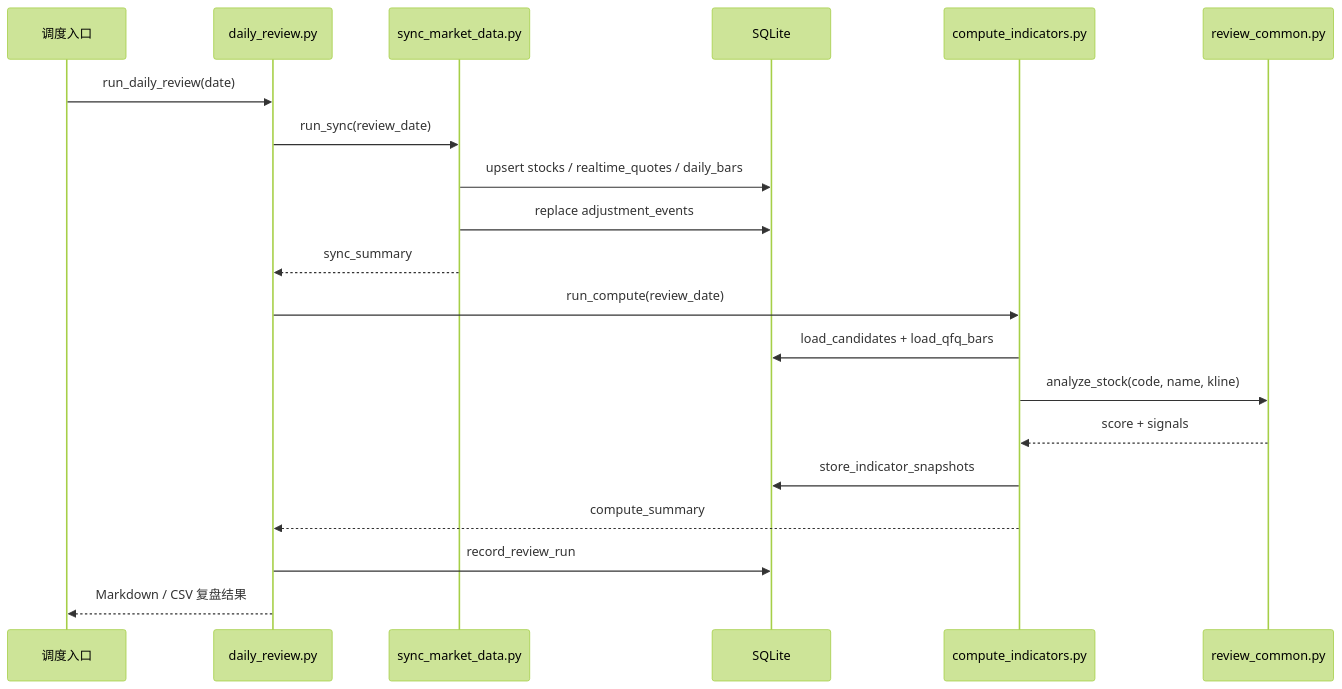
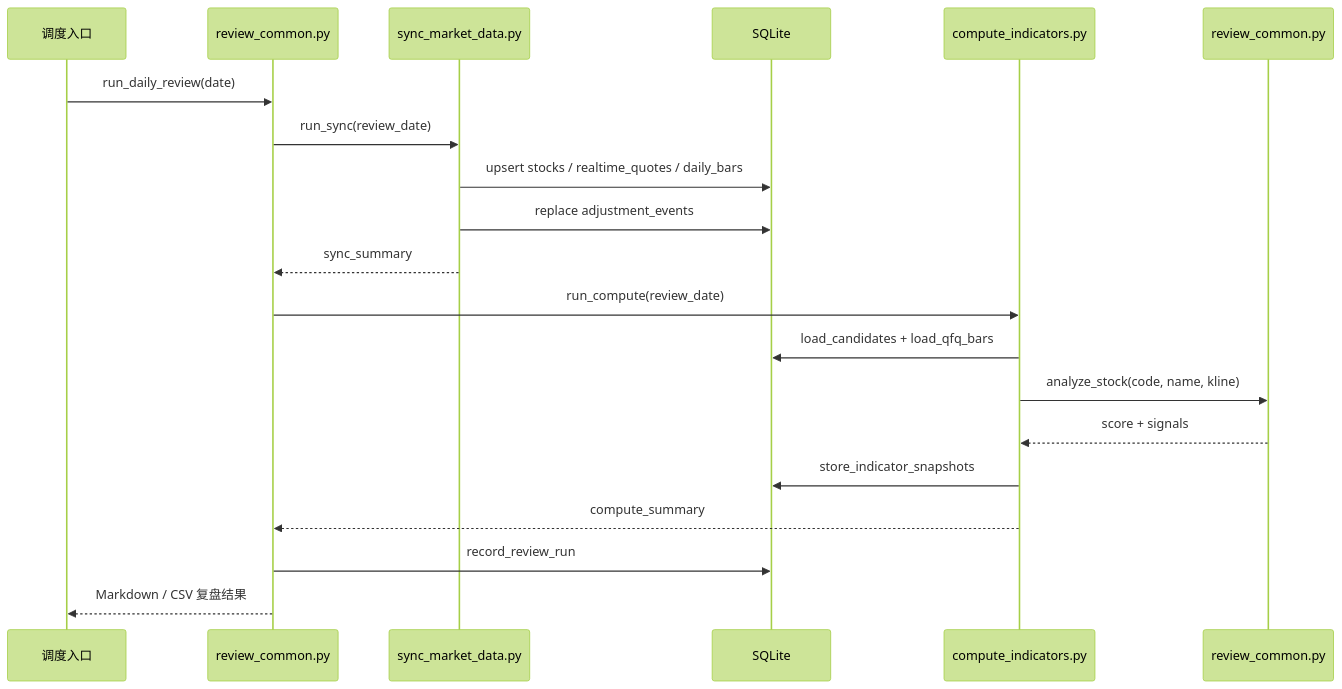
Before and after one commit to NewZsh/financeKG_spider: the second of 2 diagrams in stock/doc/选股策略.md, drawn with Mermaid (forest theme). The commit also changed other lines of this file and 6 other files, not shown here.

````diff
--- a/stock/doc/选股策略.md
+++ b/stock/doc/选股策略.md
@@ -191,23 +280,23 @@
 ```mermaid
 sequenceDiagram
     participant User as 调度入口
-    participant Review as daily_review.py
+    participant Review as review_common.py
     participant Sync as sync_market_data.py
     participant DB as SQLite
     participant Compute as compute_indicators.py
     participant Common as review_common.py
 
     User->>Review: run_daily_review(date)
     Review->>Sync: run_sync(review_date)
     Sync->>DB: upsert stocks / realtime_quotes / daily_bars
     Sync->>DB: replace adjustment_events
     Sync-->>Review: sync_summary
     Review->>Compute: run_compute(review_date)
     Compute->>DB: load_candidates + load_qfq_bars
     Compute->>Common: analyze_stock(code, name, kline)
     Common-->>Compute: score + signals
     Compute->>DB: store_indicator_snapshots
     Compute-->>Review: compute_summary
     Review->>DB: record_review_run
     Review-->>User: Markdown / CSV 复盘结果
 ```
````
